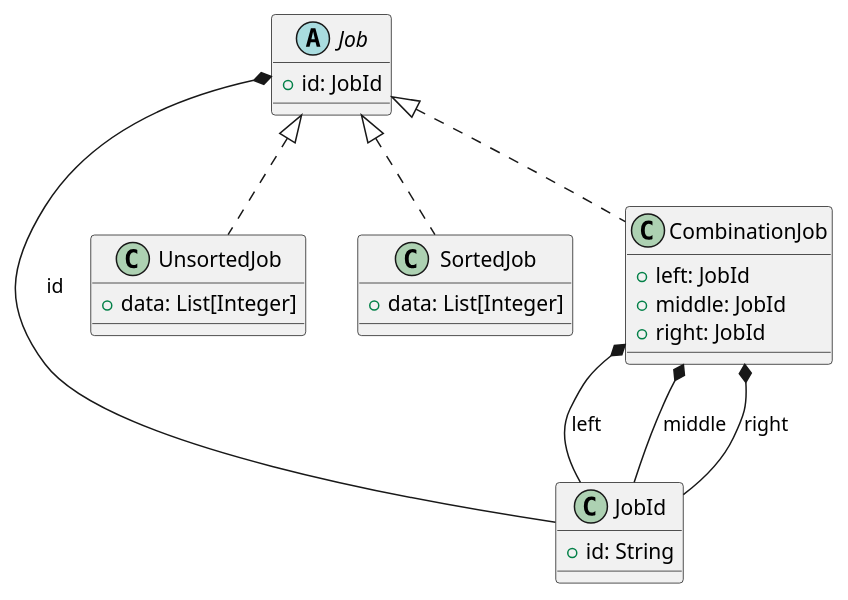
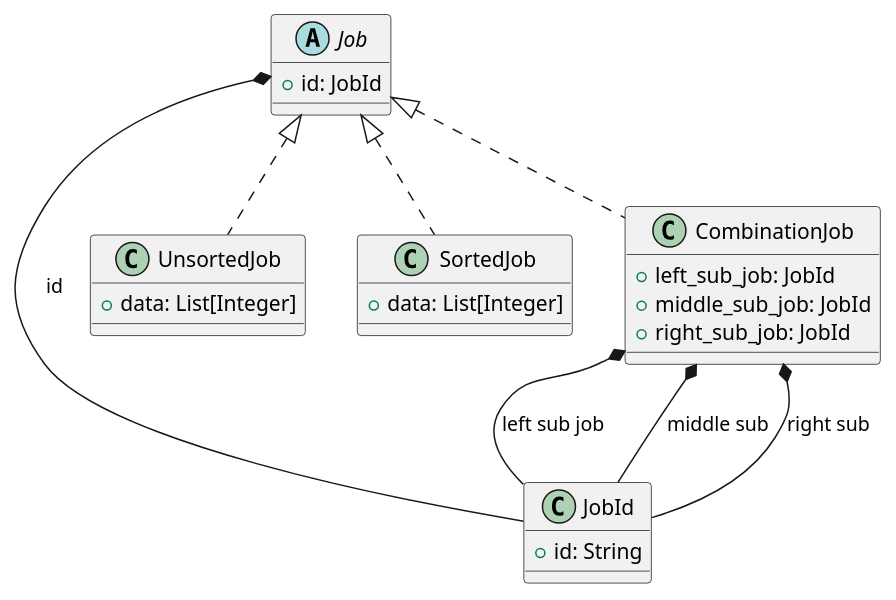
One commit to mattjhussey/example-cloud-distributed-quicksort changed the first of 2 diagrams in diagrams.puml. Above: the diagram before and after it, drawn with PlantUML. The commit also changed other lines of this file, not shown here.

Commit message:
Refactor CombinationJob attributes for clarity: rename fields to include '_sub_job' suffix

```diff
--- a/diagrams.puml
+++ b/diagrams.puml
@@ -1,33 +1,33 @@
 @startuml Job Structure
     class JobId {
         +id: String
     }
 
     abstract class Job {
         +id: JobId
     }
 
     class UnsortedJob {
         +data: List[Integer]
     }
 
     class SortedJob {
         +data: List[Integer]
     }
 
     class CombinationJob {
-        +left: JobId
-        +middle: JobId
-        +right: JobId
+        +left_sub_job: JobId
+        +middle_sub_job: JobId
+        +right_sub_job: JobId
     }
 
     Job <|.. UnsortedJob
     Job <|.. CombinationJob
     Job <|.. SortedJob
 
     Job *-- JobId : id
 
-    CombinationJob *-- JobId : left
-    CombinationJob *-- JobId : middle
-    CombinationJob *-- JobId : right
+    CombinationJob *-- JobId : left sub job
+    CombinationJob *-- JobId : middle sub
+    CombinationJob *-- JobId : right sub
 @enduml
```
